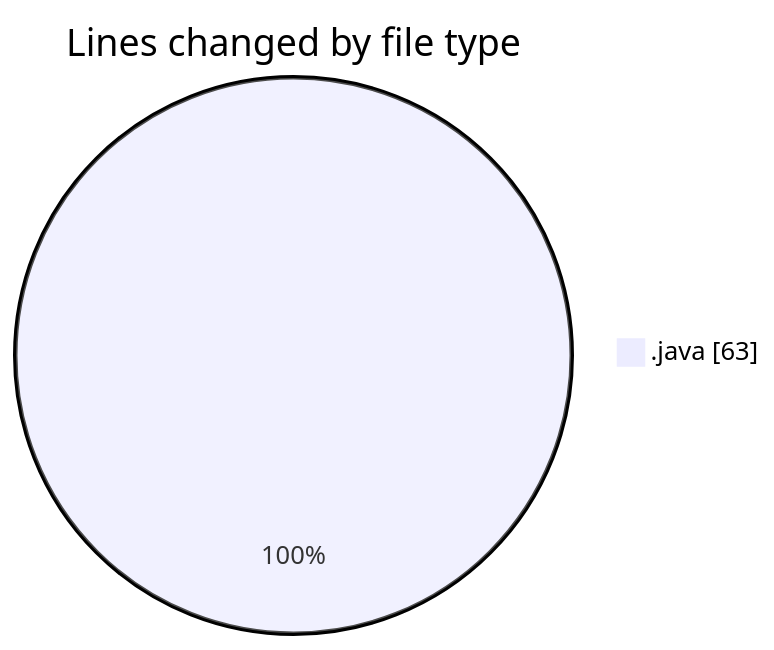
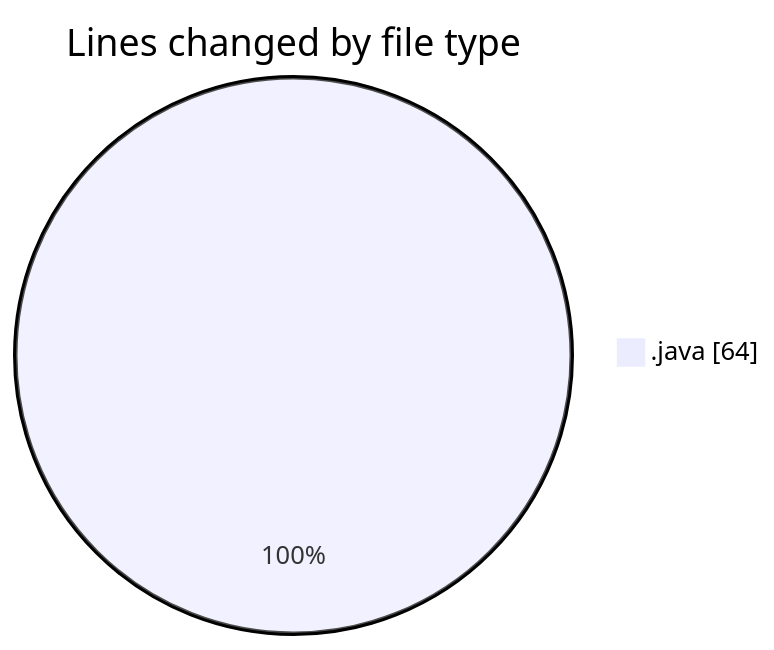
One commit to hasnaa123/code-tracking changed the first of 2 diagrams in 2026-05-21/chatserver/README.md. Above: the diagram before and after it, drawn with Mermaid. The commit also changed other lines of this file and 1 other file, not shown here.

````diff
--- a/2026-05-21/chatserver/README.md
+++ b/2026-05-21/chatserver/README.md
@@ -23,5 +23,5 @@
 ```mermaid
 pie showData
 title Lines changed by file type
-".java" : 63
+".java" : 64
 ```
````
